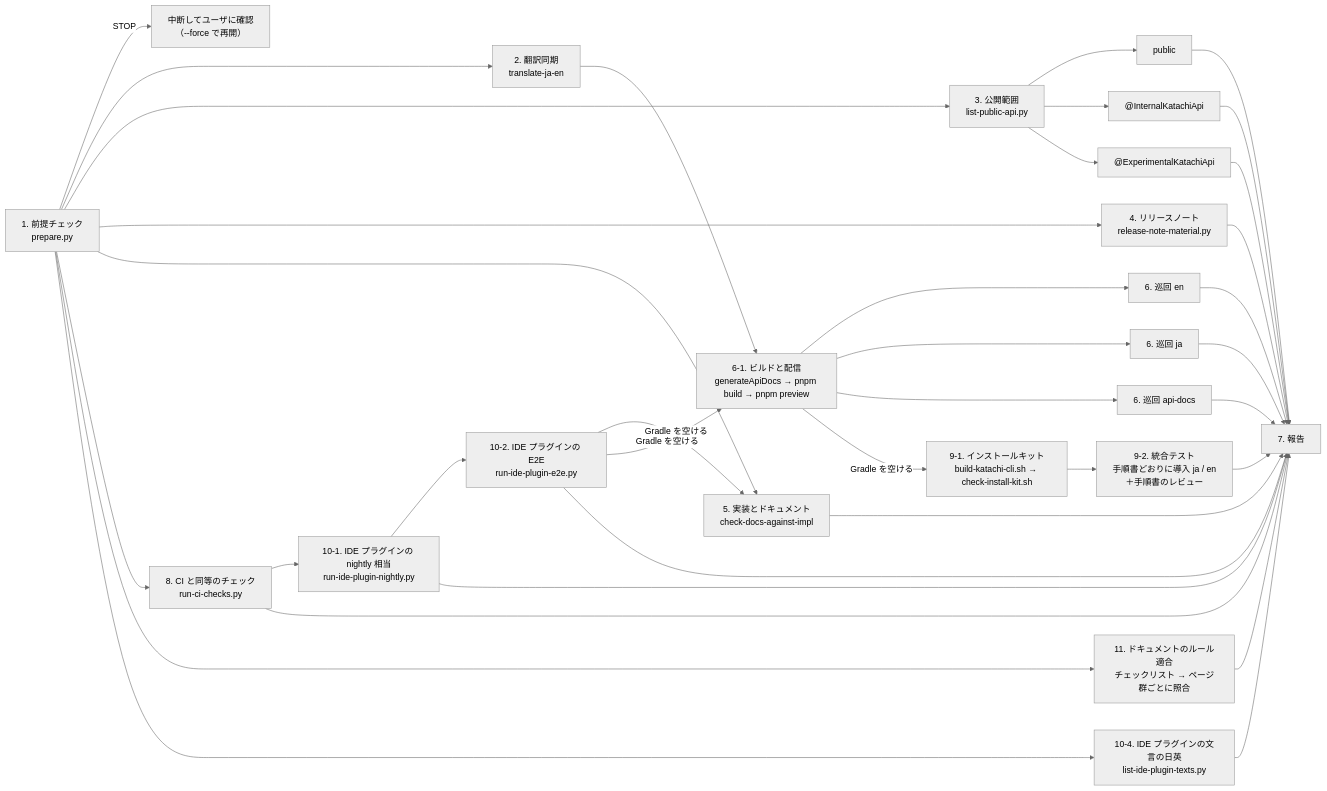
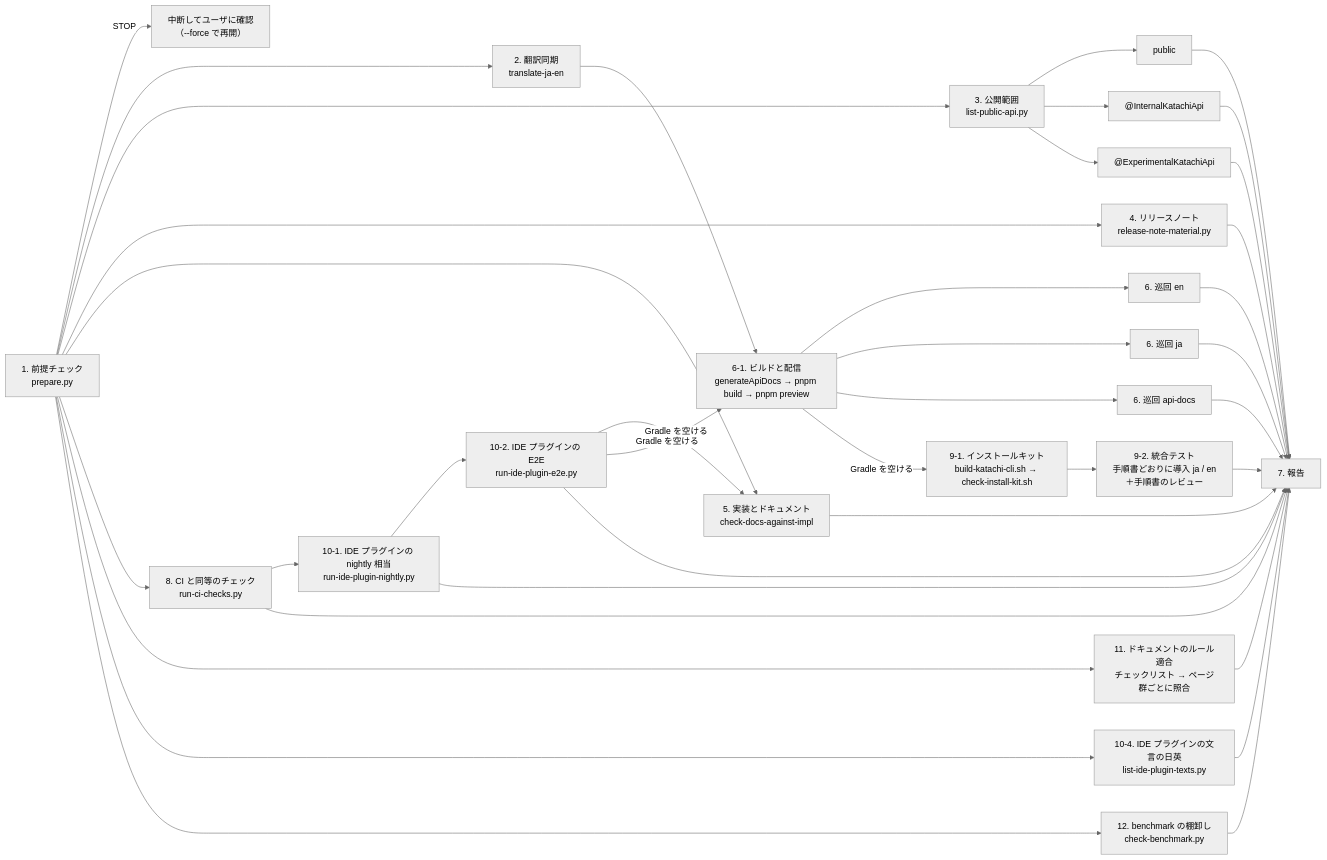
Before and after one commit to TBSten/katachi: the diagram in .claude/skills/prerelease/SKILL.md, drawn with Mermaid (neutral theme). The commit also changed other lines of this file and 6 other files, not shown here.

First line of the commit message:
chore(prerelease): 手順 12「benchmark の棚卸し」を足す（KATACHI-379）

````diff
--- a/.claude/skills/prerelease/SKILL.md
+++ b/.claude/skills/prerelease/SKILL.md
@@ -20,20 +20,21 @@
 ```mermaid
 flowchart LR
     P["1. 前提チェック<br/>prepare.py"] -- " STOP " --> Ask["中断してユーザに確認<br/>（--force で再開）"]
     P --> T["2. 翻訳同期<br/>translate-ja-en"]
     P --> V["3. 公開範囲<br/>list-public-api.py"]
     P --> R["4. リリースノート<br/>release-note-material.py"]
     P --> D["5. 実装とドキュメント<br/>check-docs-against-impl"]
     P --> CI["8. CI と同等のチェック<br/>run-ci-checks.py"]
     P --> DR["11. ドキュメントのルール適合<br/>チェックリスト → ページ群ごとに照合"]
     P --> TX["10-4. IDE プラグインの文言の日英<br/>list-ide-plugin-texts.py"]
+    P --> BM["12. benchmark の棚卸し<br/>check-benchmark.py"]
     V --> V1["public"] & V2["@InternalKatachiApi"] & V3["@ExperimentalKatachiApi"]
     T --> B["6-1. ビルドと配信<br/>generateApiDocs → pnpm build → pnpm preview"]
     B --> C1["6. 巡回 en"] & C2["6. 巡回 ja"] & C3["6. 巡回 api-docs"]
     CI --> N["10-1. IDE プラグインの nightly 相当<br/>run-ide-plugin-nightly.py"]
     N --> E2["10-2. IDE プラグインの E2E<br/>run-ide-plugin-e2e.py"]
     E2 -- " Gradle を空ける " --> D & B
     B -- " Gradle を空ける " --> IK["9-1. インストールキット<br/>build-katachi-cli.sh → check-install-kit.sh"]
     IK --> IE["9-2. 統合テスト<br/>手順書どおりに導入 ja / en<br/>＋手順書のレビュー"]
-    V1 & V2 & V3 & R & D & DR & TX & C1 & C2 & C3 & CI & N & E2 & IE --> Rep["7. 報告"]
+    V1 & V2 & V3 & R & D & DR & TX & BM & C1 & C2 & C3 & CI & N & E2 & IE --> Rep["7. 報告"]
 ```
````
